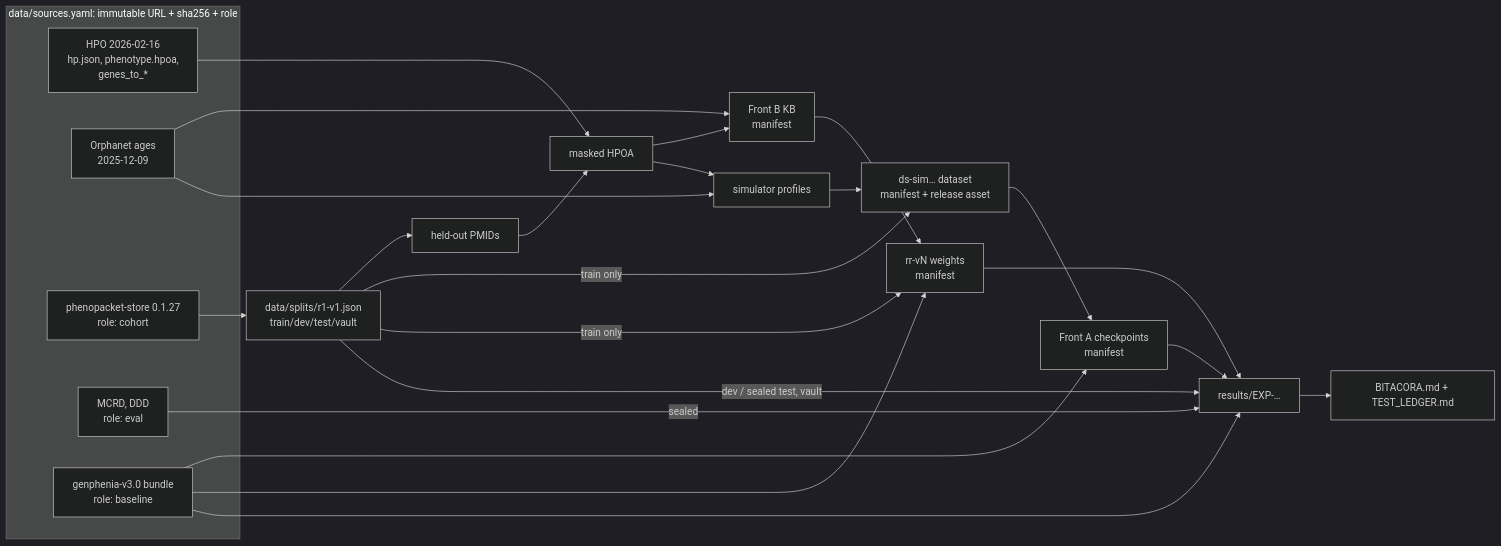
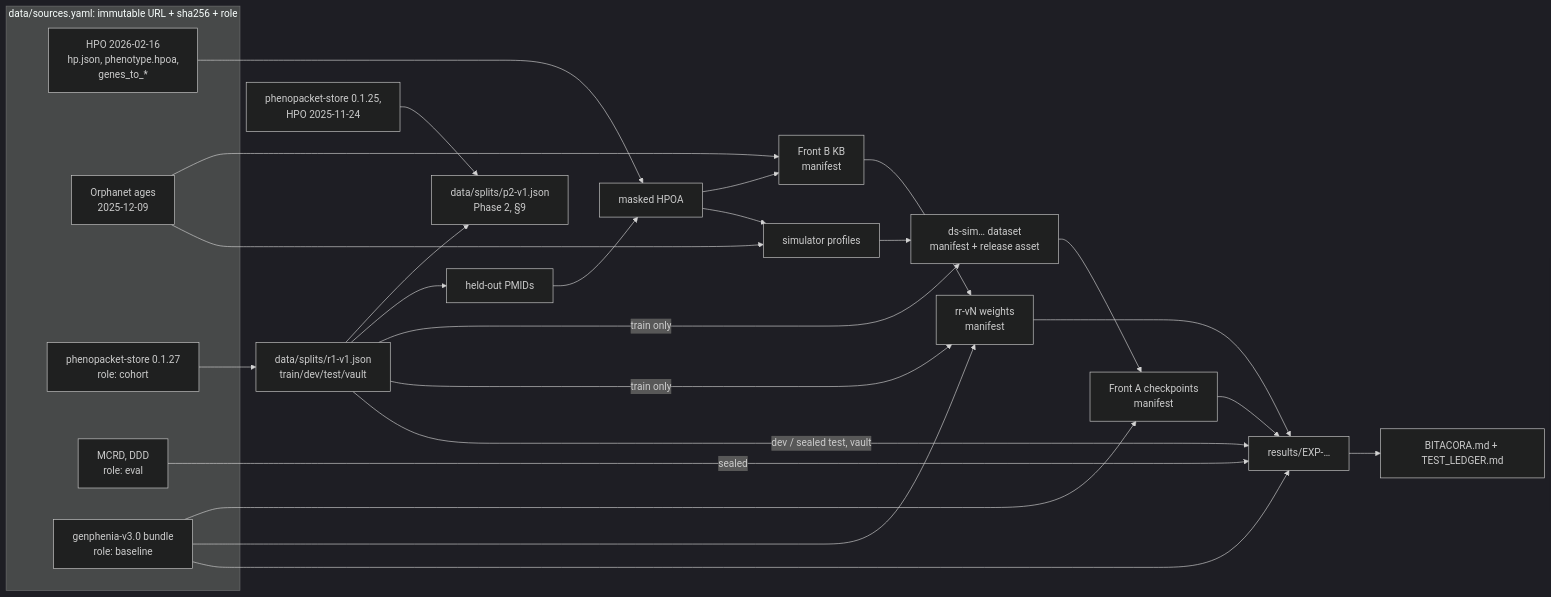
The diagram in docs/DATA_LINEAGE.md (MateAlv/diagnostic.ar-training), drawn with Mermaid (dark theme) before and after one commit. The commit also changed other lines of this file and 4 other files, not shown here.

````diff
--- a/docs/DATA_LINEAGE.md
+++ b/docs/DATA_LINEAGE.md
@@ -12,31 +12,33 @@
 ```mermaid
 flowchart LR
   subgraph sources [data/sources.yaml: immutable URL + sha256 + role]
     HPO[HPO 2026-02-16<br/>hp.json, phenotype.hpoa,<br/>genes_to_*] 
     ORPHA[Orphanet ages<br/>2025-12-09]
     PPS[phenopacket-store 0.1.27<br/>role: cohort]
     BENCH[MCRD, DDD<br/>role: eval]
     V3[genphenia-v3.0 bundle<br/>role: baseline]
   end
   PPS --> SPLIT[data/splits/r1-v1.json<br/>train/dev/test/vault]
+  SPLIT --> P2[data/splits/p2-v1.json<br/>Phase 2, §9]
+  E0SEEN[phenopacket-store 0.1.25,<br/>HPO 2025-11-24] --> P2
   SPLIT --> HELD[held-out PMIDs]
   HPO --> MASK[masked HPOA]
   HELD --> MASK
   MASK --> KB[Front B KB<br/>manifest]
   ORPHA --> KB
   MASK --> PROF[simulator profiles]
   ORPHA --> PROF
   PROF --> DS[ds-sim… dataset<br/>manifest + release asset]
   SPLIT -- train only --> DS
   DS --> CKPT[Front A checkpoints<br/>manifest]
   V3 --> CKPT
   SPLIT -- train only --> RR[rr-vN weights<br/>manifest]
   KB --> RR
   V3 --> RR
   CKPT --> RES[results/EXP-…]
   RR --> RES
   V3 --> RES
   SPLIT -- dev / sealed test, vault --> RES
   BENCH -- sealed --> RES
   RES --> LOG[BITACORA.md + TEST_LEDGER.md]
 ```
````
